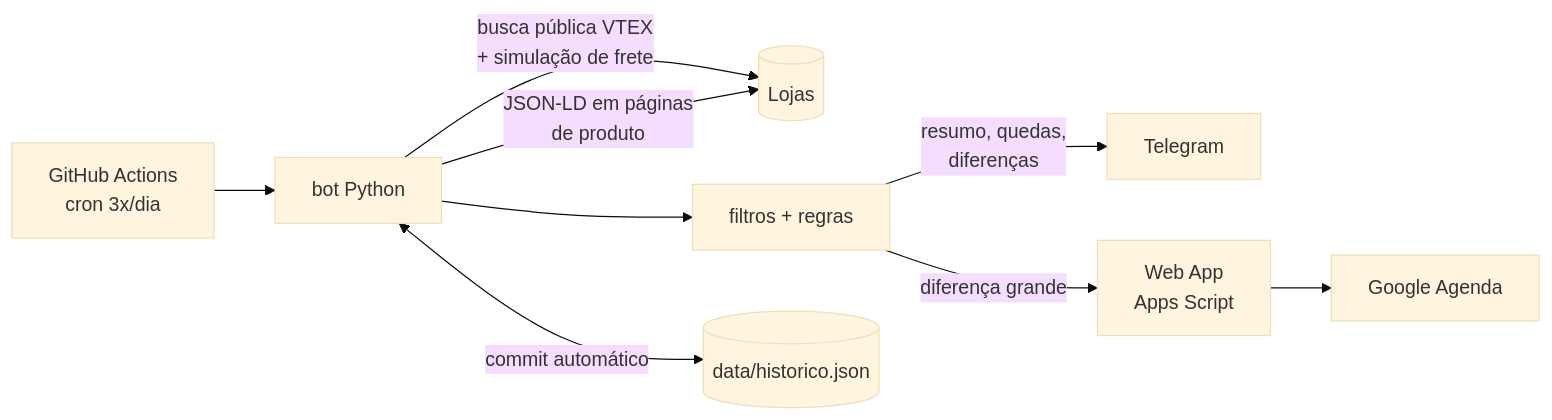
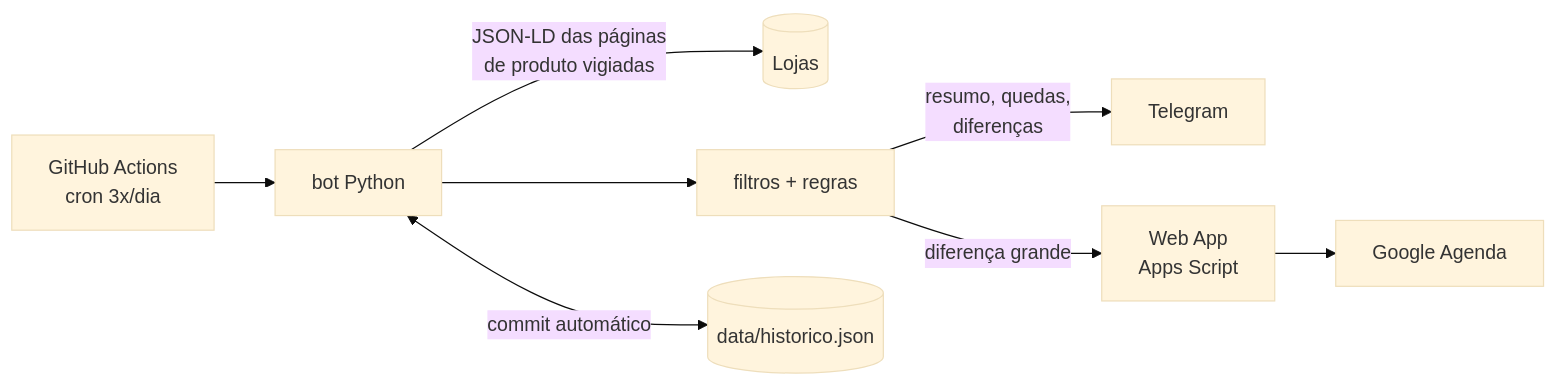
Before and after one commit to julianocasemiro/monitor-ar-condicionado: the diagram in README.md, drawn with Mermaid (base theme). The commit also changed other lines of this file and 14 other files, not shown here.

First line of the commit message:
feat: vigiar páginas de produto em vez de buscar no catálogo (ADR-008)

````diff
--- a/README.md
+++ b/README.md
@@ -13,10 +13,9 @@
 ```mermaid
 flowchart LR
     A[GitHub Actions<br/>cron 3x/dia] --> B[bot Python]
-    B -->|busca pública VTEX<br/>+ simulação de frete| C[(Lojas)]
-    B -->|JSON-LD em páginas<br/>de produto| C
+    B -->|JSON-LD das páginas<br/>de produto vigiadas| C[(Lojas)]
     B --> D[filtros + regras]
     D -->|resumo, quedas,<br/>diferenças| E[Telegram]
     D -->|diferença grande| F[Web App<br/>Apps Script] --> G[Google Agenda]
     B <-->|commit automático| H[(data/historico.json)]
 ```
````
